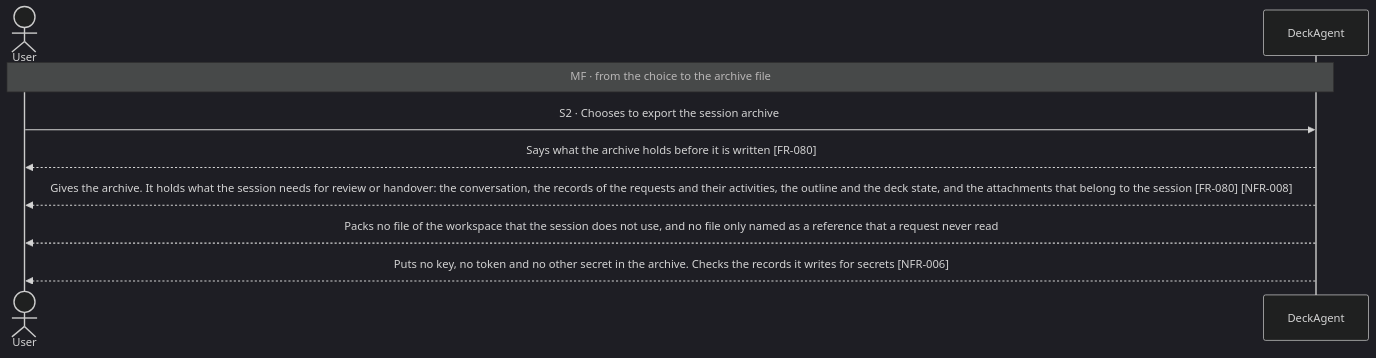
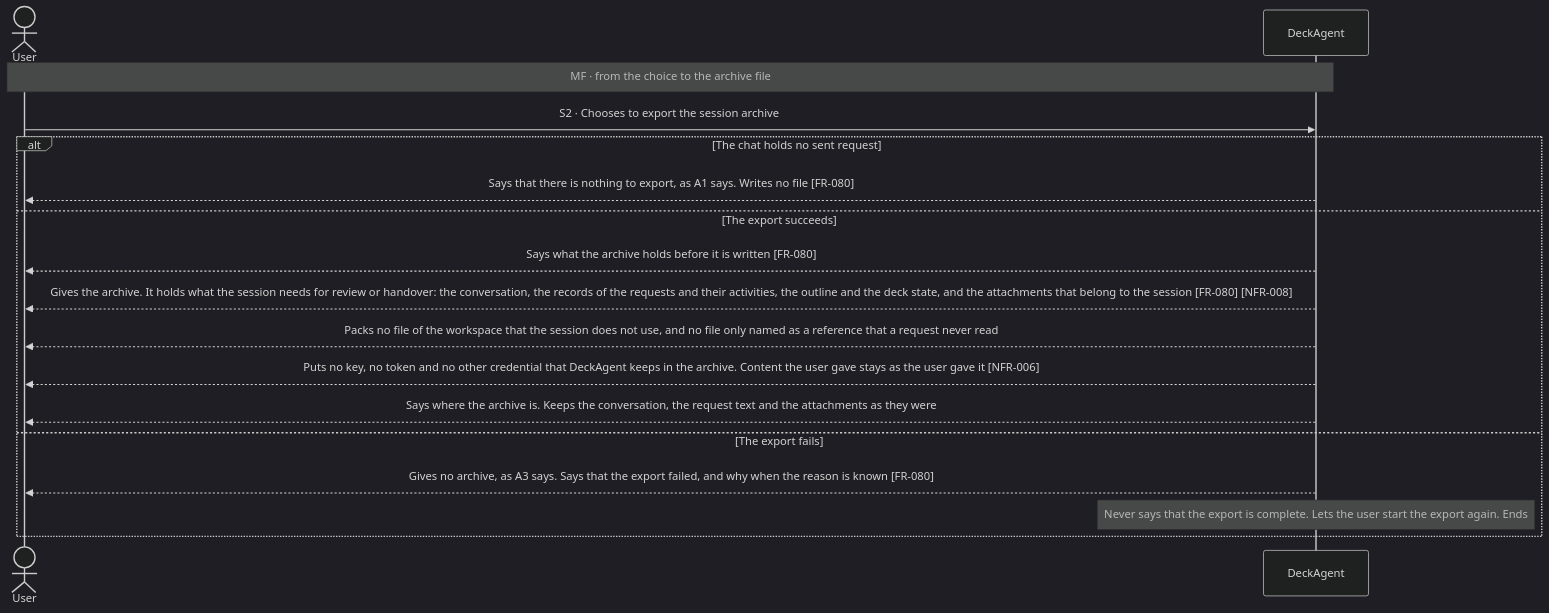
One commit to Luke23127006/DeckAgent changed the second of 2 diagrams in docs/spec/03-use-cases/UC-016.md. Above: the diagram before and after it, drawn with Mermaid (dark theme). The commit also changed other lines of this file and 19 other files, not shown here.

Commit message:
docs(spec): fix permission boundary, diagram branches and spec cleanup

````diff
--- a/docs/spec/03-use-cases/UC-016.md
+++ b/docs/spec/03-use-cases/UC-016.md
@@ -59,11 +60,19 @@
 ```mermaid
 sequenceDiagram
     actor User
     participant DeckAgent
     Note over User,DeckAgent: MF · from the choice to the archive file
     User->>DeckAgent: S2 · Chooses to export the session archive
-    DeckAgent-->>User: Says what the archive holds before it is written [FR-080]
-    DeckAgent-->>User: Gives the archive. It holds what the session needs for review or handover: the conversation, the records of the requests and their activities, the outline and the deck state, and the attachments that belong to the session [FR-080] [NFR-008]
-    DeckAgent-->>User: Packs no file of the workspace that the session does not use, and no file only named as a reference that a request never read
-    DeckAgent-->>User: Puts no key, no token and no other secret in the archive. Checks the records it writes for secrets [NFR-006]
+    alt The chat holds no sent request
+        DeckAgent-->>User: Says that there is nothing to export, as A1 says. Writes no file [FR-080]
+    else The export succeeds
+        DeckAgent-->>User: Says what the archive holds before it is written [FR-080]
+        DeckAgent-->>User: Gives the archive. It holds what the session needs for review or handover: the conversation, the records of the requests and their activities, the outline and the deck state, and the attachments that belong to the session [FR-080] [NFR-008]
+        DeckAgent-->>User: Packs no file of the workspace that the session does not use, and no file only named as a reference that a request never read
+        DeckAgent-->>User: Puts no key, no token and no other credential that DeckAgent keeps in the archive. Content the user gave stays as the user gave it [NFR-006]
+        DeckAgent-->>User: Says where the archive is. Keeps the conversation, the request text and the attachments as they were
+    else The export fails
+        DeckAgent-->>User: Gives no archive, as A3 says. Says that the export failed, and why when the reason is known [FR-080]
+        note over DeckAgent: Never says that the export is complete. Lets the user start the export again. Ends
+    end
 ```
````
